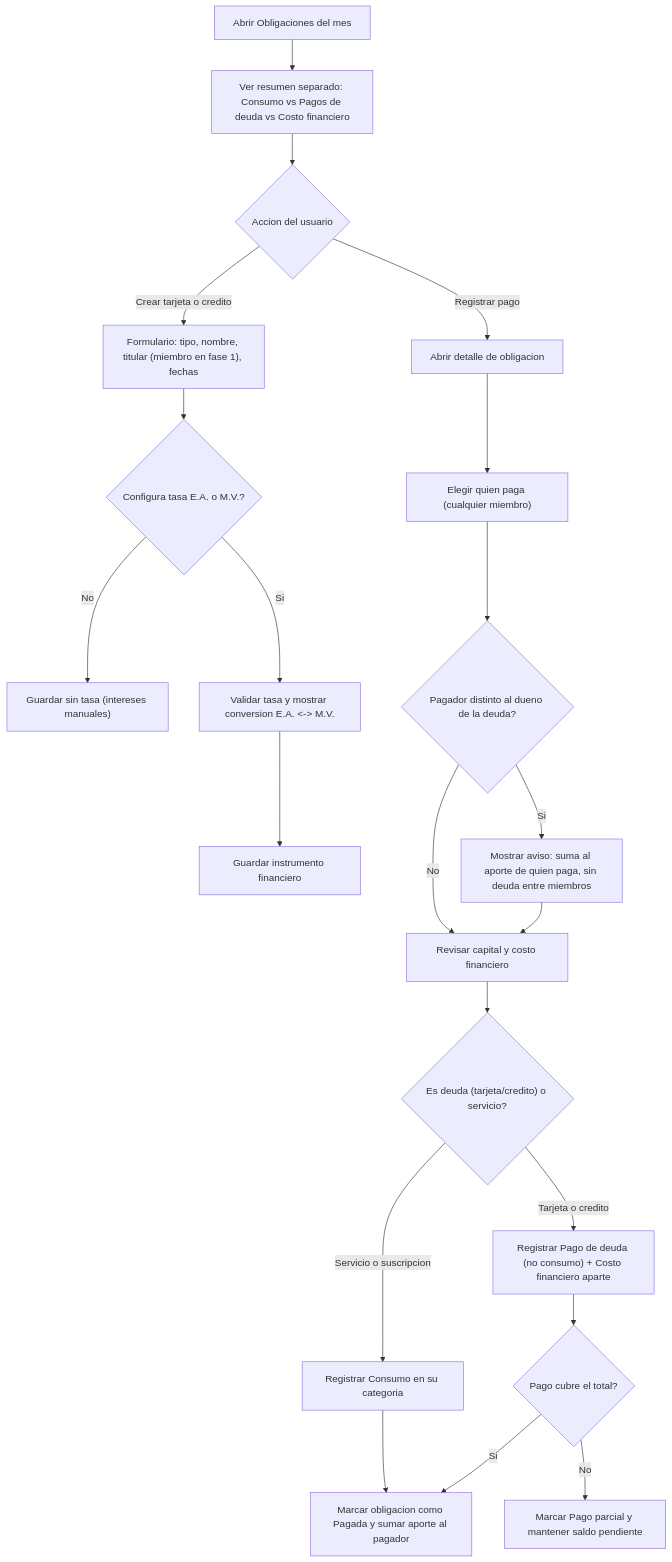
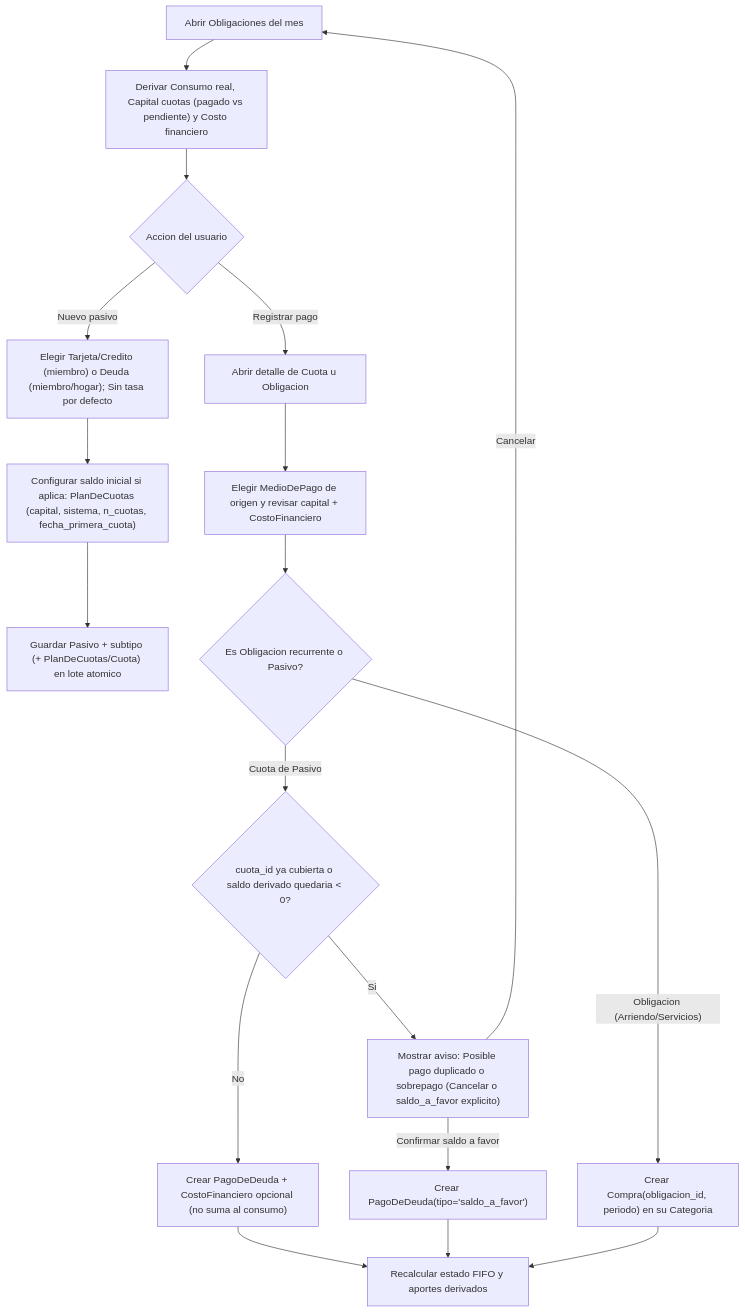
One commit to meperdev/hogar-app changed the diagram in docs/flows/obligaciones-del-mes.md. Above: the diagram before and after it, drawn with Mermaid. The commit also changed other lines of this file and 20 other files, not shown here.

````diff
--- a/docs/flows/obligaciones-del-mes.md
+++ b/docs/flows/obligaciones-del-mes.md
@@ -77,23 +80,20 @@
 ```mermaid
 flowchart TD
-    A["Abrir Obligaciones del mes"] --> B["Ver resumen separado: Consumo vs Pagos de deuda vs Costo financiero"]
+    A["Abrir Obligaciones del mes"] --> B["Derivar Consumo real, Capital cuotas (pagado vs pendiente) y Costo financiero"]
     B --> C{"Accion del usuario"}
-    C -- "Crear tarjeta o credito" --> D["Formulario: tipo, nombre, titular (miembro en fase 1), fechas"]
-    D --> E{"Configura tasa E.A. o M.V.?"}
-    E -- No --> F["Guardar sin tasa (intereses manuales)"]
-    E -- Si --> G["Validar tasa y mostrar conversion E.A. <-> M.V."]
-    G --> H["Guardar instrumento financiero"]
-    C -- "Registrar pago" --> I["Abrir detalle de obligacion"]
-    I --> J["Elegir quien paga (cualquier miembro)"]
-    J --> K{"Pagador distinto al dueno de la deuda?"}
-    K -- Si --> L["Mostrar aviso: suma al aporte de quien paga, sin deuda entre miembros"]
-    K -- No --> M["Revisar capital y costo financiero"]
-    L --> M
-    M --> N{"Es deuda (tarjeta/credito) o servicio?"}
-    N -- "Tarjeta o credito" --> O["Registrar Pago de deuda (no consumo) + Costo financiero aparte"]
-    N -- "Servicio o suscripcion" --> P["Registrar Consumo en su categoria"]
-    O --> Q{"Pago cubre el total?"}
-    P --> R["Marcar obligacion como Pagada y sumar aporte al pagador"]
-    Q -- Si --> R
-    Q -- No --> S["Marcar Pago parcial y mantener saldo pendiente"]
+    C -- "Nuevo pasivo" --> D["Elegir Tarjeta/Credito (miembro) o Deuda (miembro/hogar); Sin tasa por defecto"]
+    D --> E["Configurar saldo inicial si aplica: PlanDeCuotas (capital, sistema, n_cuotas, fecha_primera_cuota)"]
+    E --> F["Guardar Pasivo + subtipo (+ PlanDeCuotas/Cuota) en lote atomico"]
+    C -- "Registrar pago" --> I["Abrir detalle de Cuota u Obligacion"]
+    I --> J["Elegir MedioDePago de origen y revisar capital + CostoFinanciero"]
+    J --> K{"Es Obligacion recurrente o Pasivo?"}
+    K -- "Obligacion (Arriendo/Servicios)" --> P["Crear Compra(obligacion_id, periodo) en su Categoria"]
+    K -- "Cuota de Pasivo" --> L{"cuota_id ya cubierta o saldo derivado quedaria < 0?"}
+    L -- Si --> M["Mostrar aviso: Posible pago duplicado o sobrepago (Cancelar o saldo_a_favor explicito)"]
+    M -- Cancelar --> A
+    M -- "Confirmar saldo a favor" --> O2["Crear PagoDeDeuda(tipo='saldo_a_favor')"]
+    L -- No --> O["Crear PagoDeDeuda + CostoFinanciero opcional (no suma al consumo)"]
+    O --> R["Recalcular estado FIFO y aportes derivados"]
+    O2 --> R
+    P --> R
 ```
````
